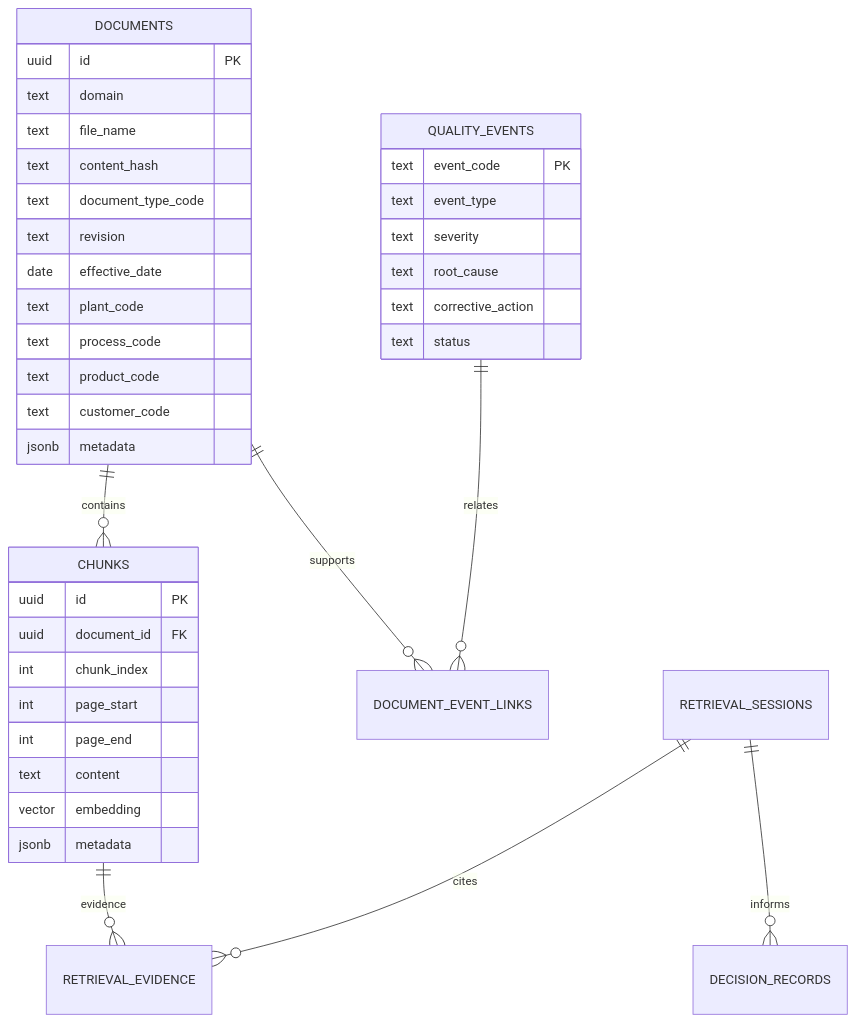
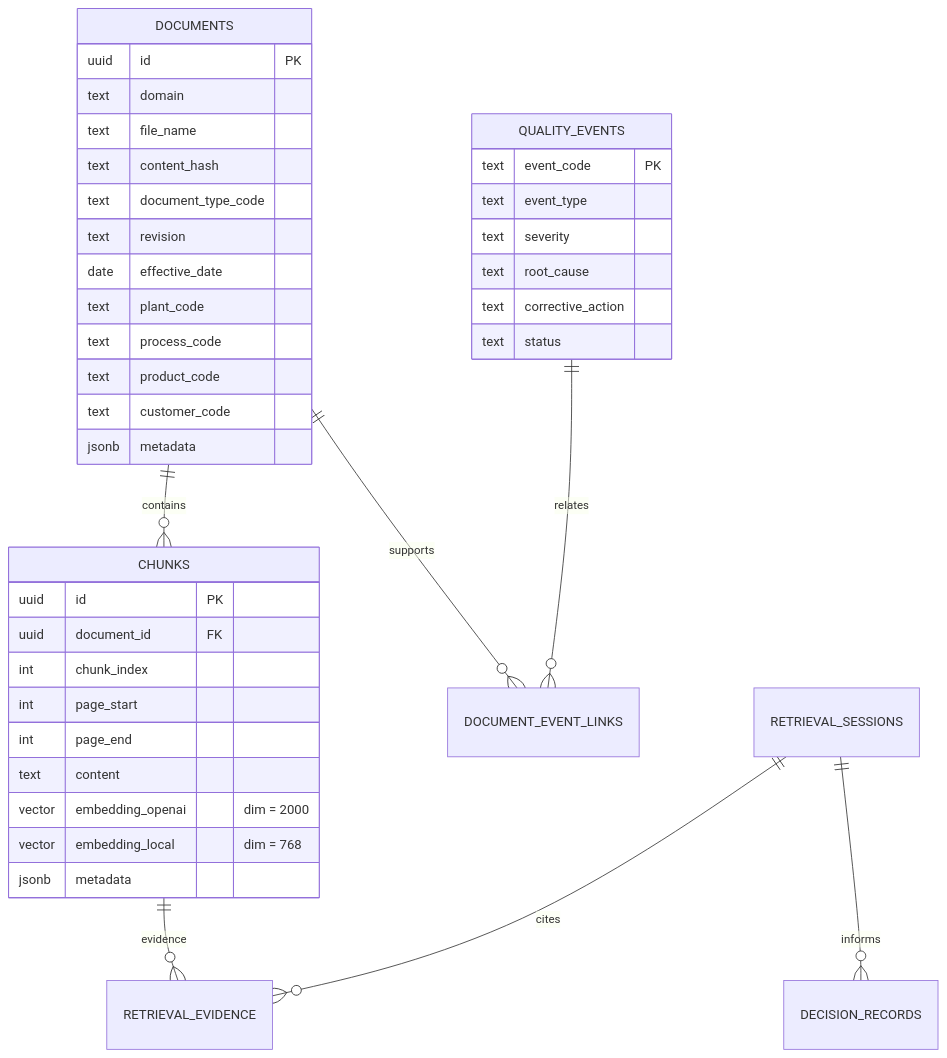
One commit to fjgonzalezmgt/RAG_QA changed the second of 2 diagrams in README.md. Above: the diagram before and after it, drawn with Mermaid. The commit also changed other lines of this file and 10 other files, not shown here.

Commit message:
feat: Update embedding configurations and support for multiple AI providers; enhance database schema and documentation

````diff
--- a/README.md
+++ b/README.md
@@ -300,42 +300,43 @@
 ```mermaid
 erDiagram
     DOCUMENTS ||--o{ CHUNKS : contains
     DOCUMENTS ||--o{ DOCUMENT_EVENT_LINKS : supports
     QUALITY_EVENTS ||--o{ DOCUMENT_EVENT_LINKS : relates
     RETRIEVAL_SESSIONS ||--o{ RETRIEVAL_EVIDENCE : cites
     CHUNKS ||--o{ RETRIEVAL_EVIDENCE : evidence
     RETRIEVAL_SESSIONS ||--o{ DECISION_RECORDS : informs
 
     DOCUMENTS {
         uuid id PK
         text domain
         text file_name
         text content_hash
         text document_type_code
         text revision
         date effective_date
         text plant_code
         text process_code
         text product_code
         text customer_code
         jsonb metadata
     }
     CHUNKS {
         uuid id PK
         uuid document_id FK
         int chunk_index
         int page_start
         int page_end
         text content
-        vector embedding
+        vector embedding_openai "dim = 2000"
+        vector embedding_local "dim = 768"
         jsonb metadata
     }
     QUALITY_EVENTS {
         text event_code PK
         text event_type
         text severity
         text root_cause
         text corrective_action
         text status
     }
 ```
````
